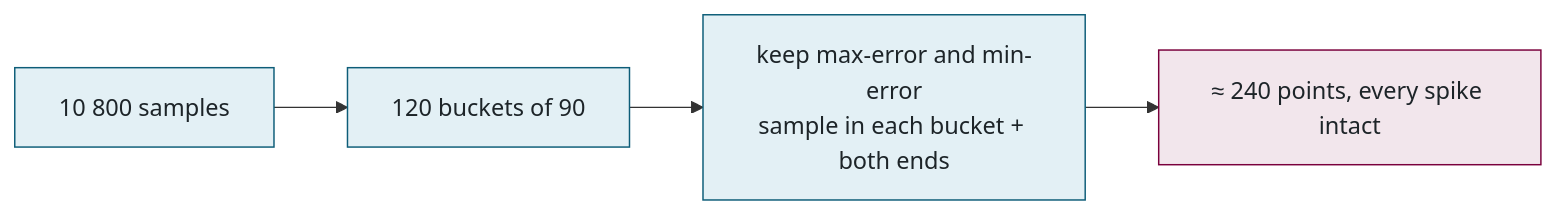
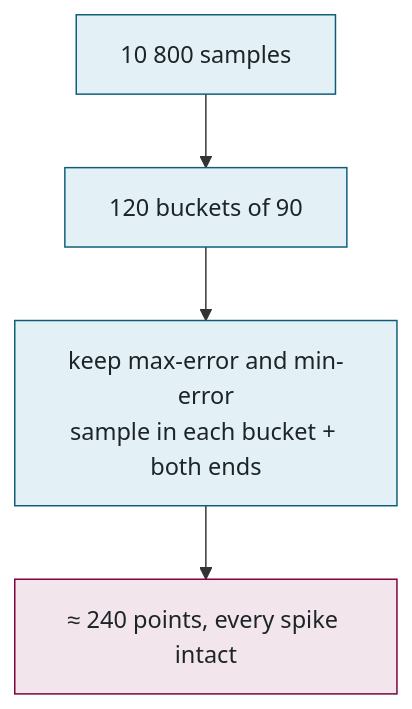
One commit to McMaster-Battery-Research-Group/battery-soc-benchmark changed the fifth of 5 diagrams in docs/walkthrough/06-the-evaluation-engine-scoring-complexity-and-outputs.md. Above: the diagram before and after it, drawn with Mermaid. The commit also changed other lines of this file and 10 other files, not shown here.

Commit message:
Walkthrough: every diagram now fits GitHub's content column (no scaling), larger timeline fonts, bigger logos

````diff
--- a/docs/walkthrough/06-the-evaluation-engine-scoring-complexity-and-outputs.md
+++ b/docs/walkthrough/06-the-evaluation-engine-scoring-complexity-and-outputs.md
@@ -103,10 +99,10 @@
 ```mermaid
-flowchart LR
+flowchart TB
     F["10 800 samples"] --> B["120 buckets of 90"]
     B --> K["keep max-error and min-error<br/>sample in each bucket + both ends"]
     K --> O["≈ 240 points, every spike intact"]
     classDef data fill:#E3F0F5,stroke:#0D5D78,color:#1d2428
     classDef web fill:#F2E6EC,stroke:#7A003C,color:#1d2428
     class F,B,K data
     class O web
 ```
````
